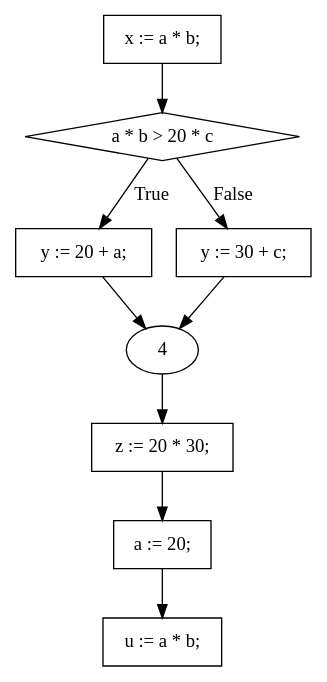
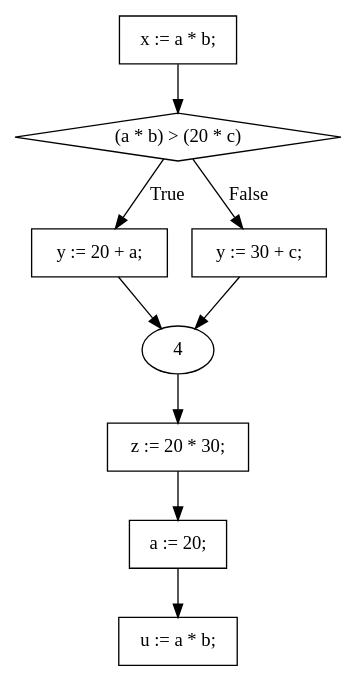
One commit to adamschoenemann/asa-analysis changed the diagram in graphviz/cfg1.dot. Above: the diagram before and after it, drawn with Graphviz. The commit also changed 9 other files, not shown here.

```diff
--- a/graphviz/cfg1.dot
+++ b/graphviz/cfg1.dot
@@ -1,19 +1,19 @@
-digraph cfg1 {
+digraph CFG1 {
 	0 [shape=box,label="x := a * b;"]
-	1 [shape=diamond,label="a * b > 20 * c"]
+	1 [shape=diamond,label="(a * b) > (20 * c)"]
 	2 [shape=box,label="y := 20 + a;"]
 	3 [shape=box,label="y := 30 + c;"]
 	4
 	5 [shape=box,label="z := 20 * 30;"]
 	6 [shape=box,label="a := 20;"]
 	7 [shape=box,label="u := a * b;"]
 
 	0 -> 1
 	1 -> 2 [label="True"]
 	1 -> 3 [label="False"]
 	2 -> 4
 	3 -> 4
 	4 -> 5
 	5 -> 6
 	6 -> 7
 }
```
